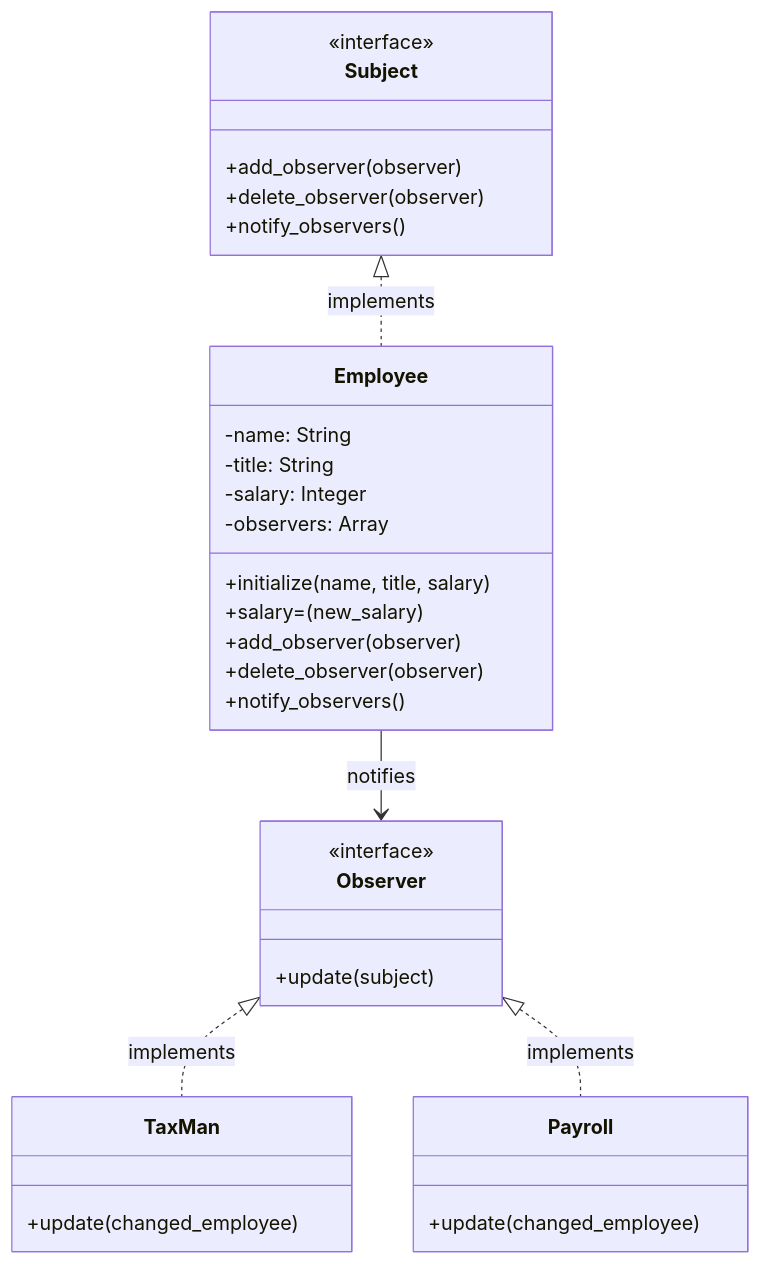
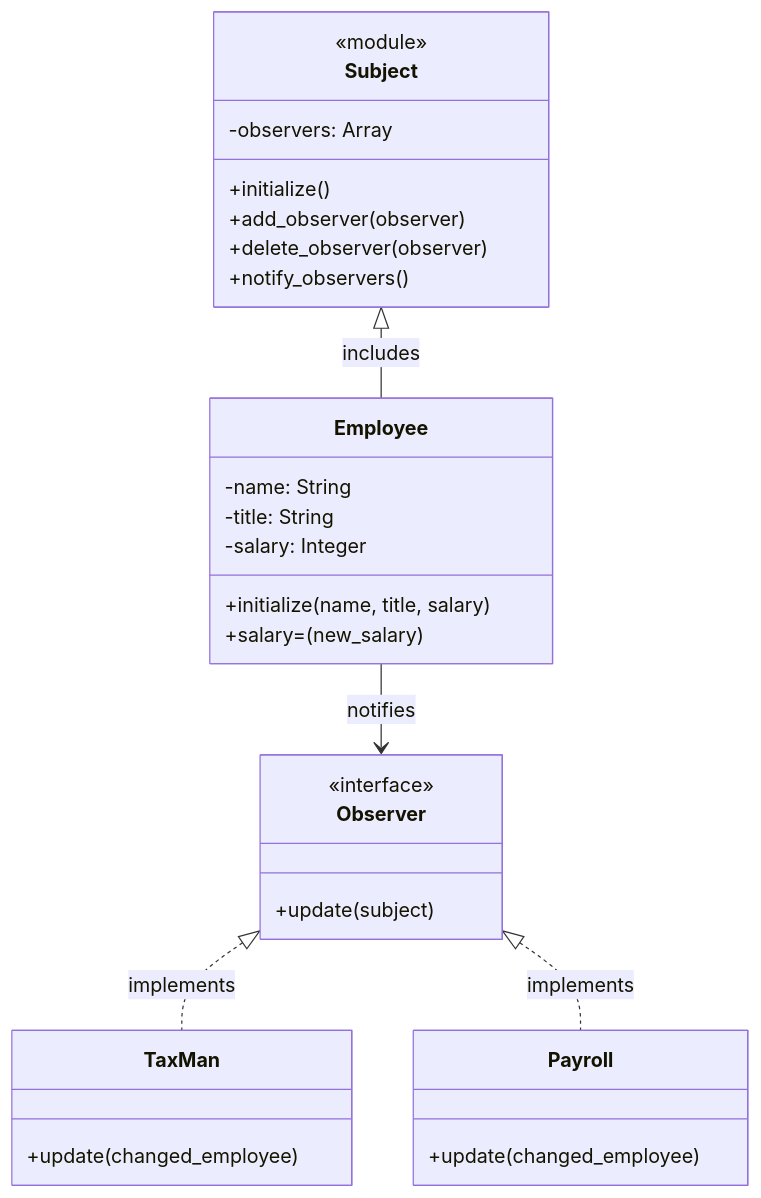
One commit to Ko-s-y/ruby-design-pattern changed the diagram in observer/README.md. Above: the diagram before and after it, drawn with Mermaid. The commit also changed other lines of this file and 3 other files, not shown here.

````diff
--- a/observer/README.md
+++ b/observer/README.md
@@ -5,39 +5,37 @@
 ```mermaid
 classDiagram
     class Subject {
-        <<interface>>
+        <<module>>
+        -observers: Array
+        +initialize()
         +add_observer(observer)
         +delete_observer(observer)
         +notify_observers()
     }
 
     class Observer {
         <<interface>>
         +update(subject)
     }
 
     class Employee {
         -name: String
         -title: String
         -salary: Integer
-        -observers: Array
         +initialize(name, title, salary)
         +salary=(new_salary)
-        +add_observer(observer)
-        +delete_observer(observer)
-        +notify_observers()
     }
 
     class TaxMan {
         +update(changed_employee)
     }
 
     class Payroll {
         +update(changed_employee)
     }
 
-    Subject <|.. Employee : implements
+    Subject <|-- Employee : includes
     Observer <|.. TaxMan : implements
     Observer <|.. Payroll : implements
     Employee --> Observer : notifies
 ```
````
